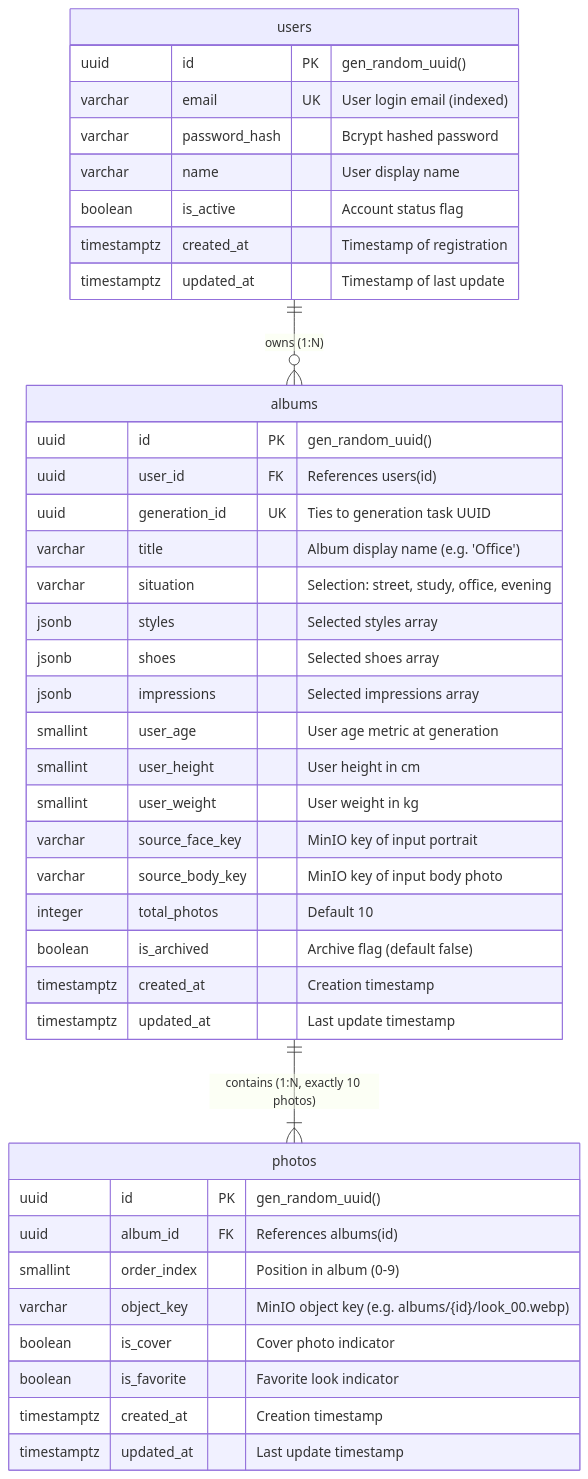
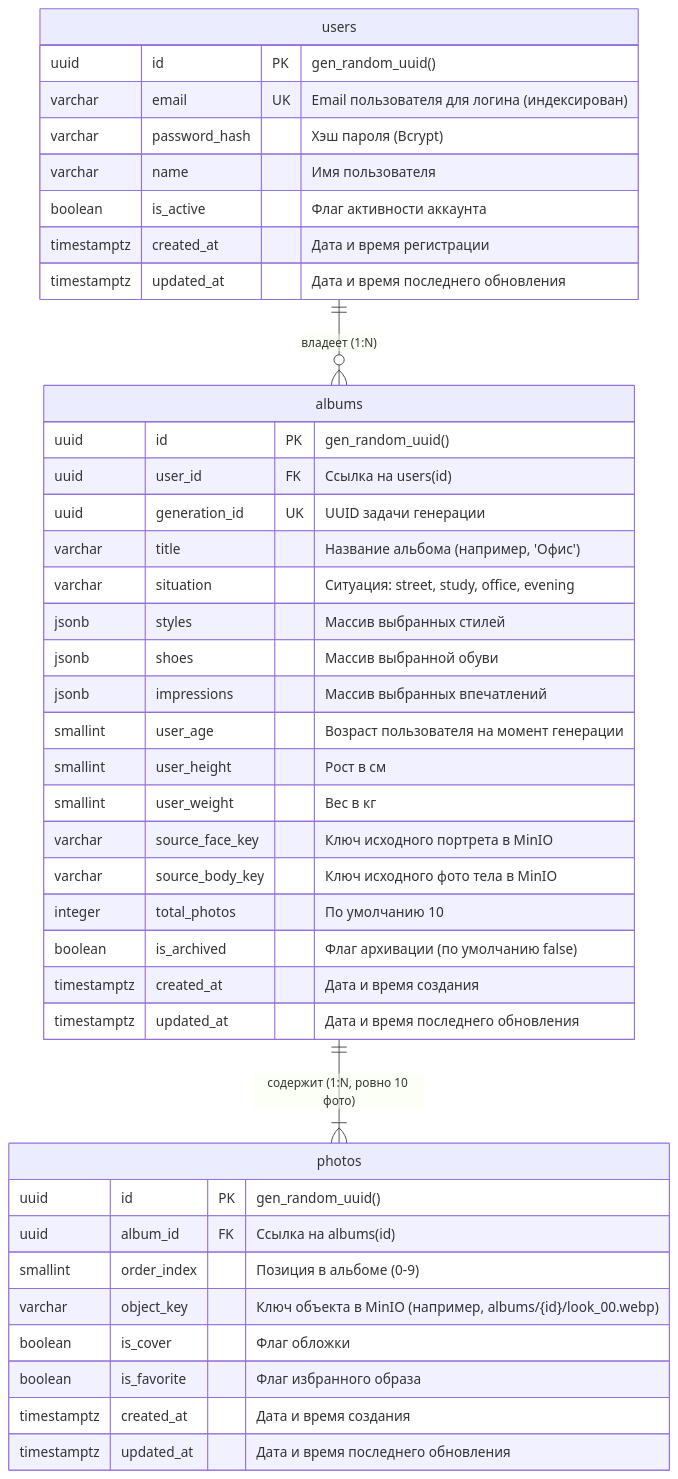
The diagram in src/backend_core/common_doc/DB_STRUCTURE.md (MaximB0nd/ai-stylist), drawn with Mermaid before and after one commit. The commit also changed other lines of this file and 32 other files, not shown here.

````diff
--- a/src/backend_core/common_doc/DB_STRUCTURE.md
+++ b/src/backend_core/common_doc/DB_STRUCTURE.md
@@ -9,46 +9,46 @@
 ```mermaid
 erDiagram
-    users ||--o{ albums : "owns (1:N)"
-    albums ||--|{ photos : "contains (1:N, exactly 10 photos)"
+    users ||--o{ albums : "владеет (1:N)"
+    albums ||--|{ photos : "содержит (1:N, ровно 10 фото)"
 
     users {
         uuid id PK "gen_random_uuid()"
-        varchar email UK "User login email (indexed)"
-        varchar password_hash "Bcrypt hashed password"
-        varchar name "User display name"
-        boolean is_active "Account status flag"
-        timestamptz created_at "Timestamp of registration"
-        timestamptz updated_at "Timestamp of last update"
+        varchar email UK "Email пользователя для логина (индексирован)"
+        varchar password_hash "Хэш пароля (Bcrypt)"
+        varchar name "Имя пользователя"
+        boolean is_active "Флаг активности аккаунта"
+        timestamptz created_at "Дата и время регистрации"
+        timestamptz updated_at "Дата и время последнего обновления"
     }
 
     albums {
         uuid id PK "gen_random_uuid()"
-        uuid user_id FK "References users(id)"
-        uuid generation_id UK "Ties to generation task UUID"
-        varchar title "Album display name (e.g. 'Office')"
-        varchar situation "Selection: street, study, office, evening"
-        jsonb styles "Selected styles array"
-        jsonb shoes "Selected shoes array"
-        jsonb impressions "Selected impressions array"
-        smallint user_age "User age metric at generation"
-        smallint user_height "User height in cm"
-        smallint user_weight "User weight in kg"
-        varchar source_face_key "MinIO key of input portrait"
-        varchar source_body_key "MinIO key of input body photo"
-        integer total_photos "Default 10"
-        boolean is_archived "Archive flag (default false)"
-        timestamptz created_at "Creation timestamp"
-        timestamptz updated_at "Last update timestamp"
+        uuid user_id FK "Ссылка на users(id)"
+        uuid generation_id UK "UUID задачи генерации"
+        varchar title "Название альбома (например, 'Офис')"
+        varchar situation "Ситуация: street, study, office, evening"
+        jsonb styles "Массив выбранных стилей"
+        jsonb shoes "Массив выбранной обуви"
+        jsonb impressions "Массив выбранных впечатлений"
+        smallint user_age "Возраст пользователя на момент генерации"
+        smallint user_height "Рост в см"
+        smallint user_weight "Вес в кг"
+        varchar source_face_key "Ключ исходного портрета в MinIO"
+        varchar source_body_key "Ключ исходного фото тела в MinIO"
+        integer total_photos "По умолчанию 10"
+        boolean is_archived "Флаг архивации (по умолчанию false)"
+        timestamptz created_at "Дата и время создания"
+        timestamptz updated_at "Дата и время последнего обновления"
     }
 
     photos {
         uuid id PK "gen_random_uuid()"
-        uuid album_id FK "References albums(id)"
-        smallint order_index "Position in album (0-9)"
-        varchar object_key "MinIO object key (e.g. albums/{id}/look_00.webp)"
-        boolean is_cover "Cover photo indicator"
-        boolean is_favorite "Favorite look indicator"
-        timestamptz created_at "Creation timestamp"
-        timestamptz updated_at "Last update timestamp"
+        uuid album_id FK "Ссылка на albums(id)"
+        smallint order_index "Позиция в альбоме (0-9)"
+        varchar object_key "Ключ объекта в MinIO (например, albums/{id}/look_00.webp)"
+        boolean is_cover "Флаг обложки"
+        boolean is_favorite "Флаг избранного образа"
+        timestamptz created_at "Дата и время создания"
+        timestamptz updated_at "Дата и время последнего обновления"
     }
 ```
````
